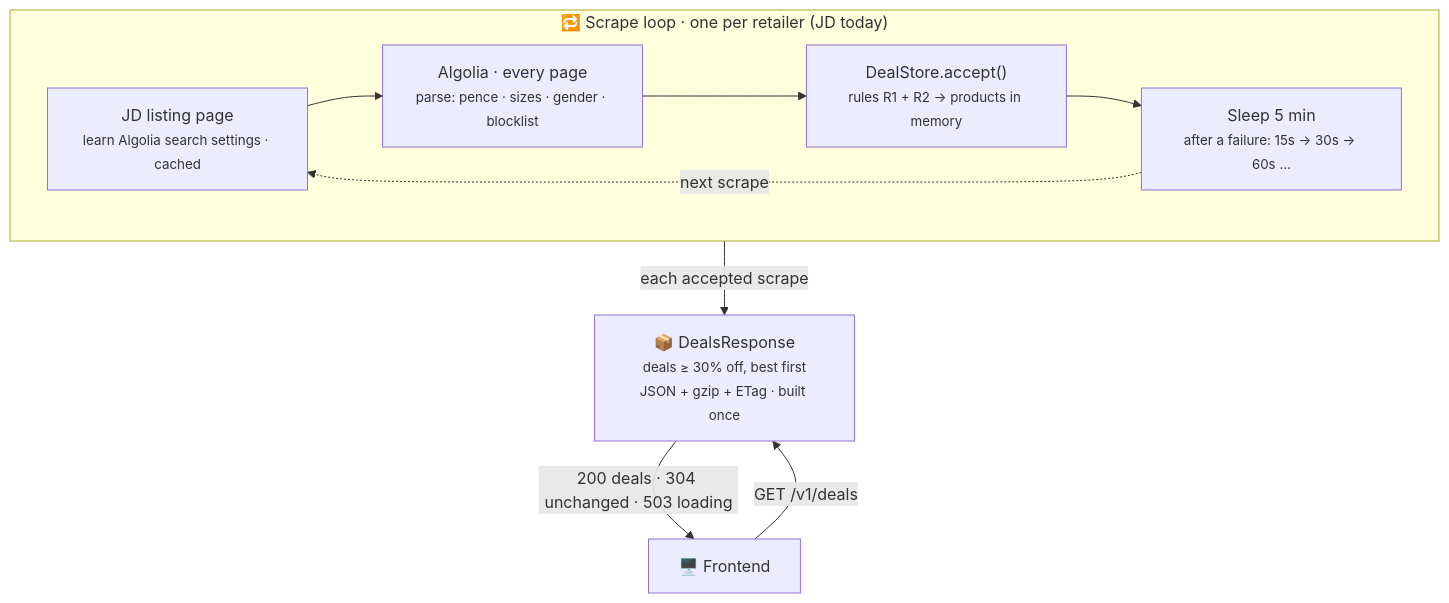
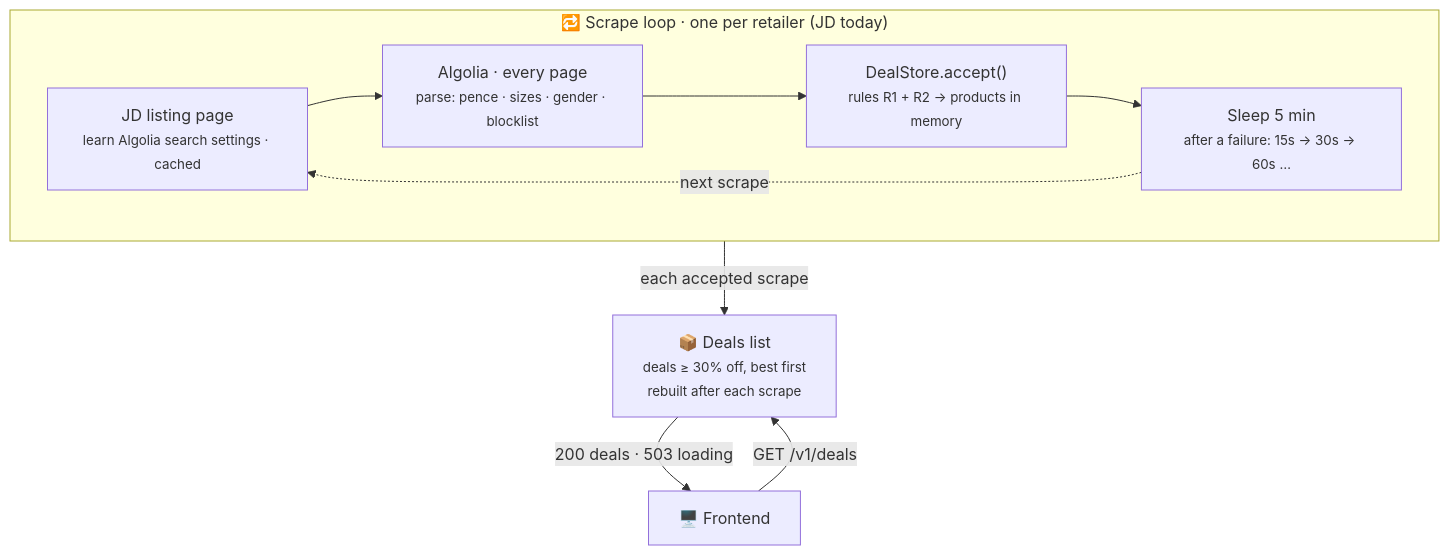
One commit to JahanU/bargain-web-scraper changed the first of 2 diagrams in docs/backend-v2-rewrite.md. Above: the diagram before and after it, drawn with Mermaid. The commit also changed other lines of this file and 7 other files, not shown here.

First line of the commit message:
refactor(backend): drop our own gzip, ETags and pre-built responses

````diff
--- a/docs/backend-v2-rewrite.md
+++ b/docs/backend-v2-rewrite.md
@@ -30,19 +30,19 @@
 ```mermaid
 flowchart TB
     subgraph loop["🔁 Scrape loop · one per retailer (JD today)"]
         direction LR
         page["JD listing page<br/><small>learn Algolia search settings · cached</small>"]
         algolia["Algolia · every page<br/><small>parse: pence · sizes · gender · blocklist</small>"]
         accept["DealStore.accept()<br/><small>rules R1 + R2 → products in memory</small>"]
         wait["Sleep 5 min<br/><small>after a failure: 15s → 30s → 60s …</small>"]
         page --> algolia --> accept --> wait
         wait -. next scrape .-> page
     end
 
-    built["📦 DealsResponse<br/><small>deals ≥ 30% off, best first<br/>JSON + gzip + ETag · built once</small>"]
+    built["📦 Deals list<br/><small>deals ≥ 30% off, best first<br/>rebuilt after each scrape</small>"]
     client["🖥️ Frontend"]
 
     accept -- each accepted scrape --> built
     client -- "GET /v1/deals" --> built
-    built -- "200 deals · 304 unchanged · 503 loading" --> client
+    built -- "200 deals · 503 loading" --> client
 ```
````
